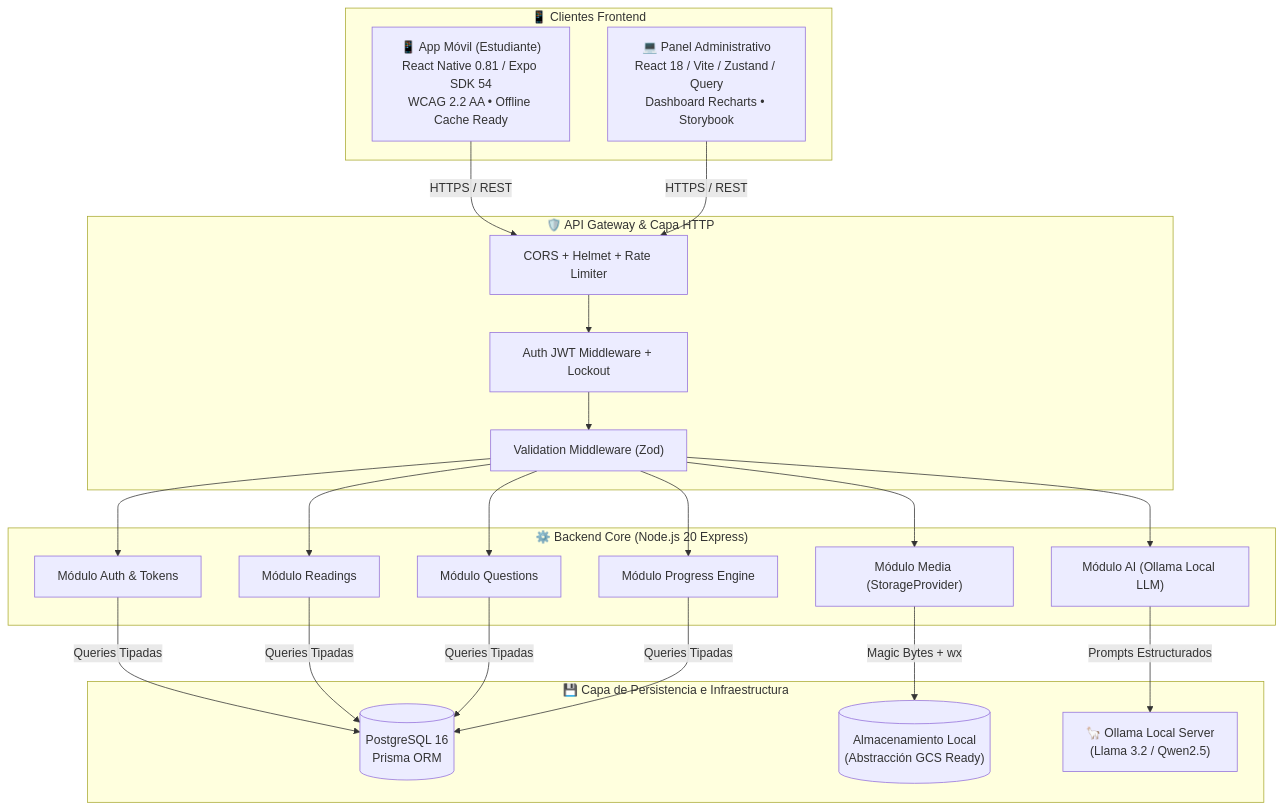
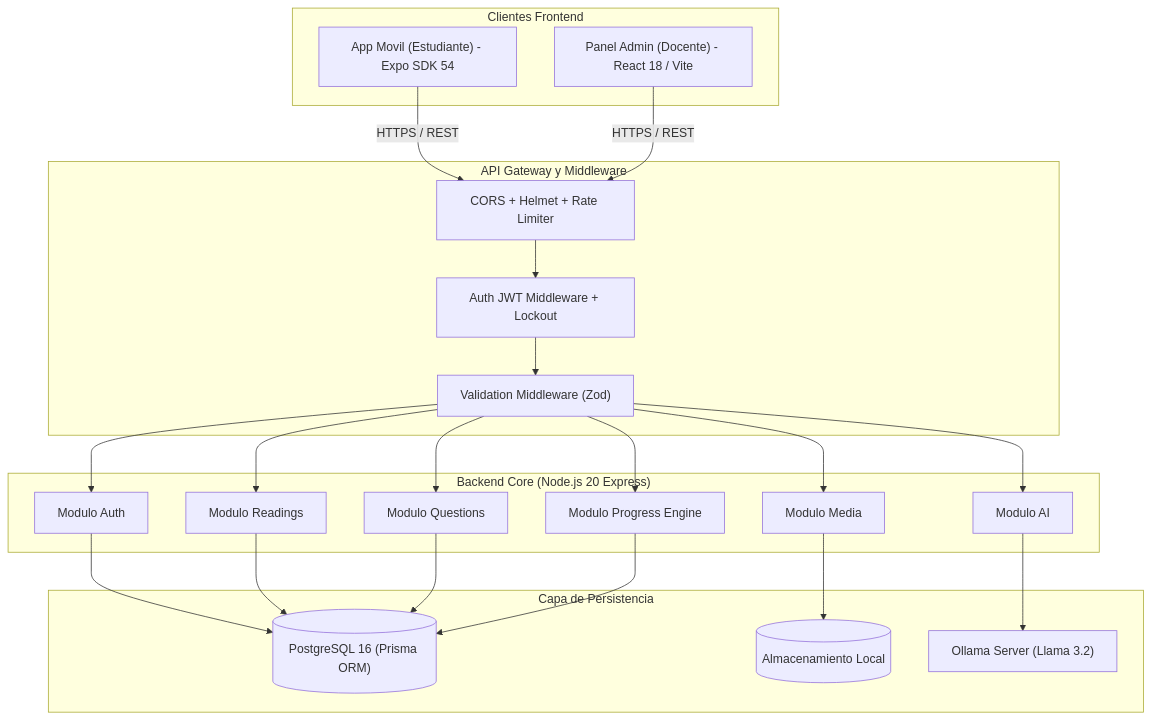
Before and after one commit to DavidDevGt/lectoapp: the diagram in README.md, drawn with Mermaid. The commit also changed other lines of this file and 4 other files, not shown here.

Commit message:
docs: corregir sintaxis de diagramas Mermaid a flowchart TD y compatibilidad universal Markdown

````diff
--- a/README.md
+++ b/README.md
@@ -45,37 +45,47 @@
 ```mermaid
-graph TD
-    subgraph Clientes ["📱 Clientes Frontend"]
-        Mobile["📱 App Móvil (Estudiante)<br/>React Native 0.81 / Expo SDK 54<br/>WCAG 2.2 AA • Offline Cache Ready"]
-        Admin["💻 Panel Administrativo<br/>React 18 / Vite / Zustand / Query<br/>Dashboard Recharts • Storybook"]
+flowchart TD
+    subgraph Clientes ["Clientes Frontend"]
+        Mobile["App Movil (Estudiante) - Expo SDK 54"]
+        Admin["Panel Admin (Docente) - React 18 / Vite"]
     end
 
-    subgraph Gateway ["🛡️ API Gateway & Capa HTTP"]
+    subgraph Gateway ["API Gateway y Middleware"]
         CORS["CORS + Helmet + Rate Limiter"]
         AuthMid["Auth JWT Middleware + Lockout"]
         ValMid["Validation Middleware (Zod)"]
     end
 
-    subgraph BackendCore ["⚙️ Backend Core (Node.js 20 Express)"]
-        AuthMod["Módulo Auth & Tokens"]
-        ReadMod["Módulo Readings"]
-        QuestMod["Módulo Questions"]
-        ProgMod["Módulo Progress Engine"]
-        MediaMod["Módulo Media (StorageProvider)"]
-        AiMod["Módulo AI (Ollama Local LLM)"]
+    subgraph BackendCore ["Backend Core (Node.js 20 Express)"]
+        AuthMod["Modulo Auth"]
+        ReadMod["Modulo Readings"]
+        QuestMod["Modulo Questions"]
+        ProgMod["Modulo Progress Engine"]
+        MediaMod["Modulo Media"]
+        AiMod["Modulo AI"]
     end
 
-    subgraph Persistencia ["💾 Capa de Persistencia e Infraestructura"]
-        Postgres[(PostgreSQL 16<br/>Prisma ORM)]
-        LocalStorage[("Almacenamiento Local<br/>(Abstracción GCS Ready)")]
-        OllamaEngine["🦙 Ollama Local Server<br/>(Llama 3.2 / Qwen2.5)"]
+    subgraph Persistencia ["Capa de Persistencia"]
+        Postgres[("PostgreSQL 16 (Prisma ORM)")]
+        LocalStorage[("Almacenamiento Local")]
+        OllamaEngine["Ollama Server (Llama 3.2)"]
     end
 
     Mobile -->|HTTPS / REST| CORS
     Admin -->|HTTPS / REST| CORS
-    CORS --> AuthMid --> ValMid
-    ValMid --> AuthMod & ReadMod & QuestMod & ProgMod & MediaMod & AiMod
+    CORS --> AuthMid
+    AuthMid --> ValMid
 
-    AuthMod & ReadMod & QuestMod & ProgMod -->|Queries Tipadas| Postgres
-    MediaMod -->|Magic Bytes + wx| LocalStorage
-    AiMod -->|Prompts Estructurados| OllamaEngine
+    ValMid --> AuthMod
+    ValMid --> ReadMod
+    ValMid --> QuestMod
+    ValMid --> ProgMod
+    ValMid --> MediaMod
+    ValMid --> AiMod
+
+    AuthMod --> Postgres
+    ReadMod --> Postgres
+    QuestMod --> Postgres
+    ProgMod --> Postgres
+    MediaMod --> LocalStorage
+    AiMod --> OllamaEngine
 ```
````
